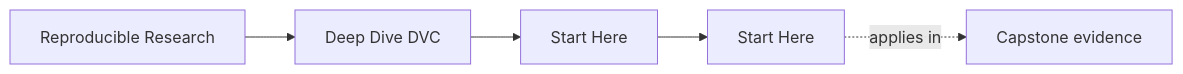
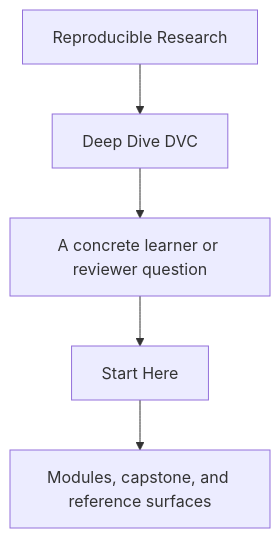
The first of 2 diagrams in programs/reproducible-research/deep-dive-dvc/course-book/guides/start-here.md (bijux/bijux-masterclass), drawn with Mermaid before and after one commit. The commit also changed other lines of this file and 31 other files, not shown here.

Commit message:
docs(deep-dive-dvc): sharpen guide and reference diagrams

````diff
--- a/programs/reproducible-research/deep-dive-dvc/course-book/guides/start-here.md
+++ b/programs/reproducible-research/deep-dive-dvc/course-book/guides/start-here.md
@@ -9,11 +9,7 @@
 ```mermaid
-graph LR
-  family["Reproducible Research"]
-  program["Deep Dive DVC"]
-  section["Start Here"]
-  page["Start Here"]
-  capstone["Capstone evidence"]
-
-  family --> program --> section --> page
-  page -.applies in.-> capstone
+flowchart TD
+  family["Reproducible Research"] --> program["Deep Dive DVC"]
+  program --> pressure["A concrete learner or reviewer question"]
+  pressure --> guide["Start Here"]
+  guide --> next["Modules, capstone, and reference surfaces"]
 ```
````
